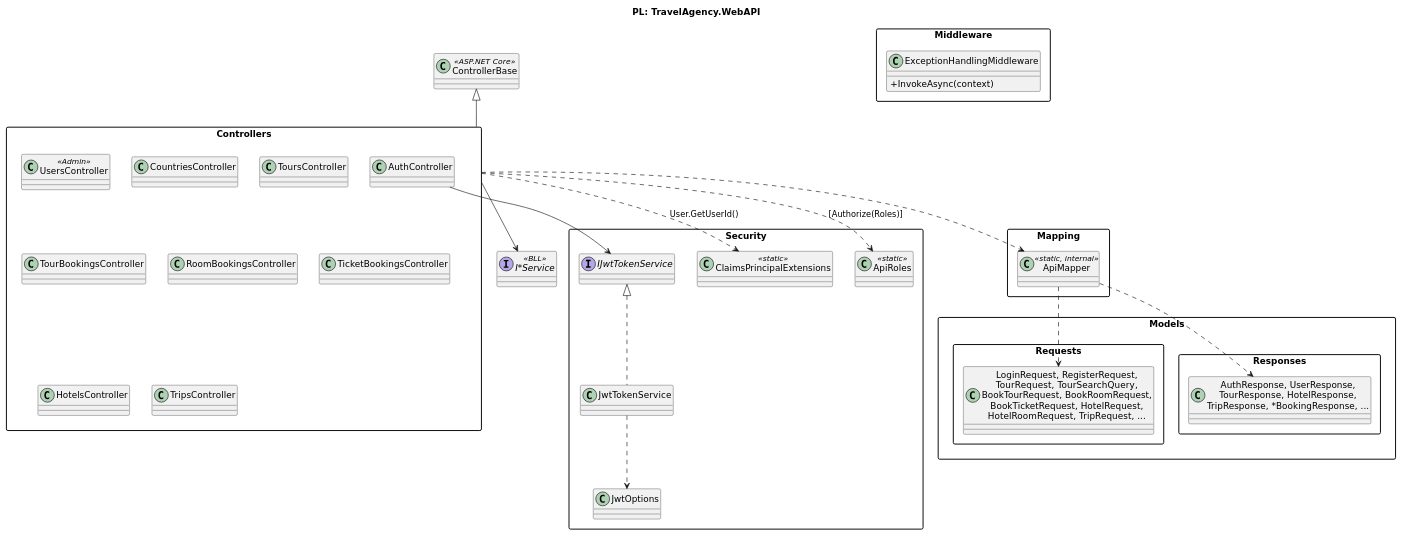
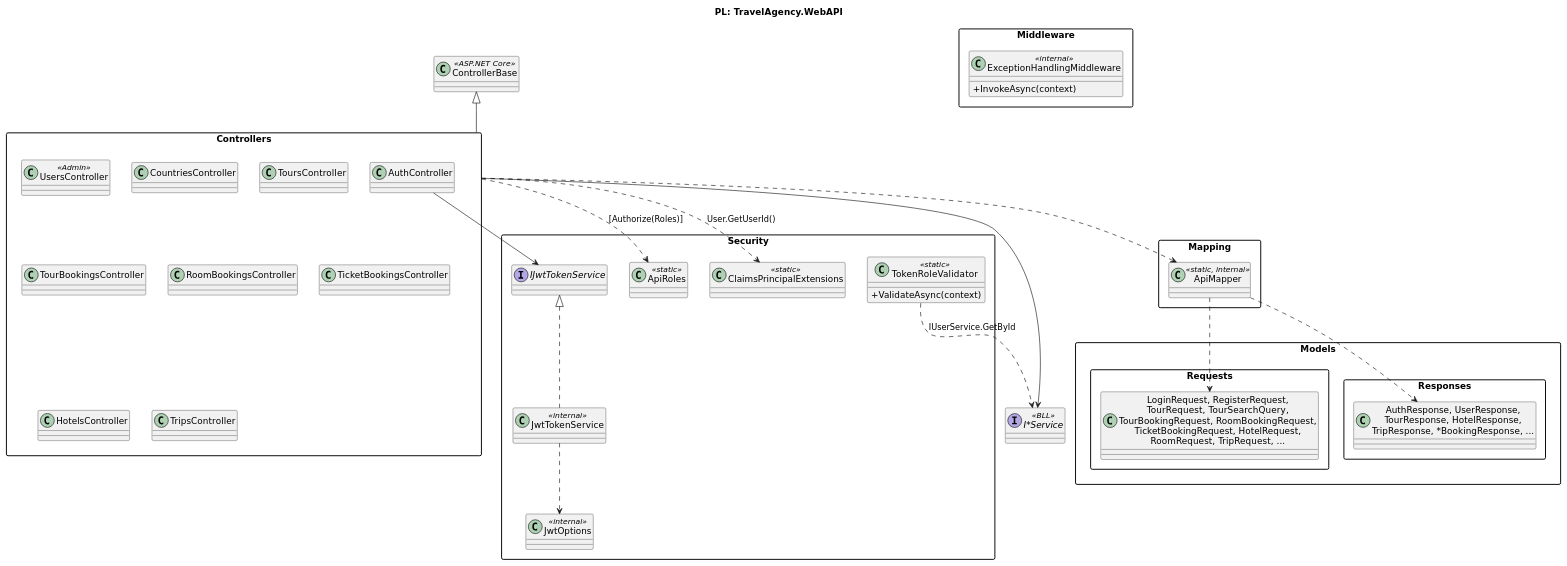
Before and after one commit to 01eksandr0/Bz-121-24-1-PI-2-backend: the diagram in docs/uml/07-webapi.puml, drawn with PlantUML. The commit also changed 10 other files, not shown here.

Commit message:
TA-19: update README, UML sources, backlog and CLAUDE.md after review fixes

```diff
--- a/docs/uml/07-webapi.puml
+++ b/docs/uml/07-webapi.puml
@@ -1,53 +1,57 @@
 @startuml
 skinparam defaultFontName DejaVu Sans
 skinparam shadowing false
 skinparam classAttributeIconSize 0
 skinparam packageStyle rectangle
 title PL: TravelAgency.WebAPI
 package Controllers {
   class AuthController
   class UsersController <<Admin>>
   class CountriesController
   class ToursController
   class TourBookingsController
   class RoomBookingsController
   class TicketBookingsController
   class HotelsController
   class TripsController
 }
 package Models {
   package Requests {
-    class "LoginRequest, RegisterRequest,\nTourRequest, TourSearchQuery,\nBookTourRequest, BookRoomRequest,\nBookTicketRequest, HotelRequest,\nHotelRoomRequest, TripRequest, ..." as Req
+    class "LoginRequest, RegisterRequest,\nTourRequest, TourSearchQuery,\nTourBookingRequest, RoomBookingRequest,\nTicketBookingRequest, HotelRequest,\nRoomRequest, TripRequest, ..." as Req
   }
   package Responses {
     class "AuthResponse, UserResponse,\nTourResponse, HotelResponse,\nTripResponse, *BookingResponse, ..." as Resp
   }
 }
 package Mapping {
   class ApiMapper <<static, internal>>
 }
 package Security {
   interface IJwtTokenService
-  class JwtTokenService
-  class JwtOptions
+  class JwtTokenService <<internal>>
+  class JwtOptions <<internal>>
+  class TokenRoleValidator <<static>> {
+    + ValidateAsync(context)
+  }
   class ApiRoles <<static>>
   class ClaimsPrincipalExtensions <<static>>
 }
 package Middleware {
-  class ExceptionHandlingMiddleware {
+  class ExceptionHandlingMiddleware <<internal>> {
     + InvokeAsync(context)
   }
 }
 class ControllerBase <<ASP.NET Core>>
 interface "I*Service" as IS <<BLL>>
 ControllerBase <|-- Controllers
 Controllers --> IS
 AuthController --> IJwtTokenService
 IJwtTokenService <|.. JwtTokenService
 JwtTokenService ..> JwtOptions
 Controllers ..> ApiMapper
 ApiMapper ..> Req
 ApiMapper ..> Resp
 Controllers ..> ClaimsPrincipalExtensions : User.GetUserId()
 Controllers ..> ApiRoles : [Authorize(Roles)]
+TokenRoleValidator ..> IS : IUserService.GetById
 @enduml
```
